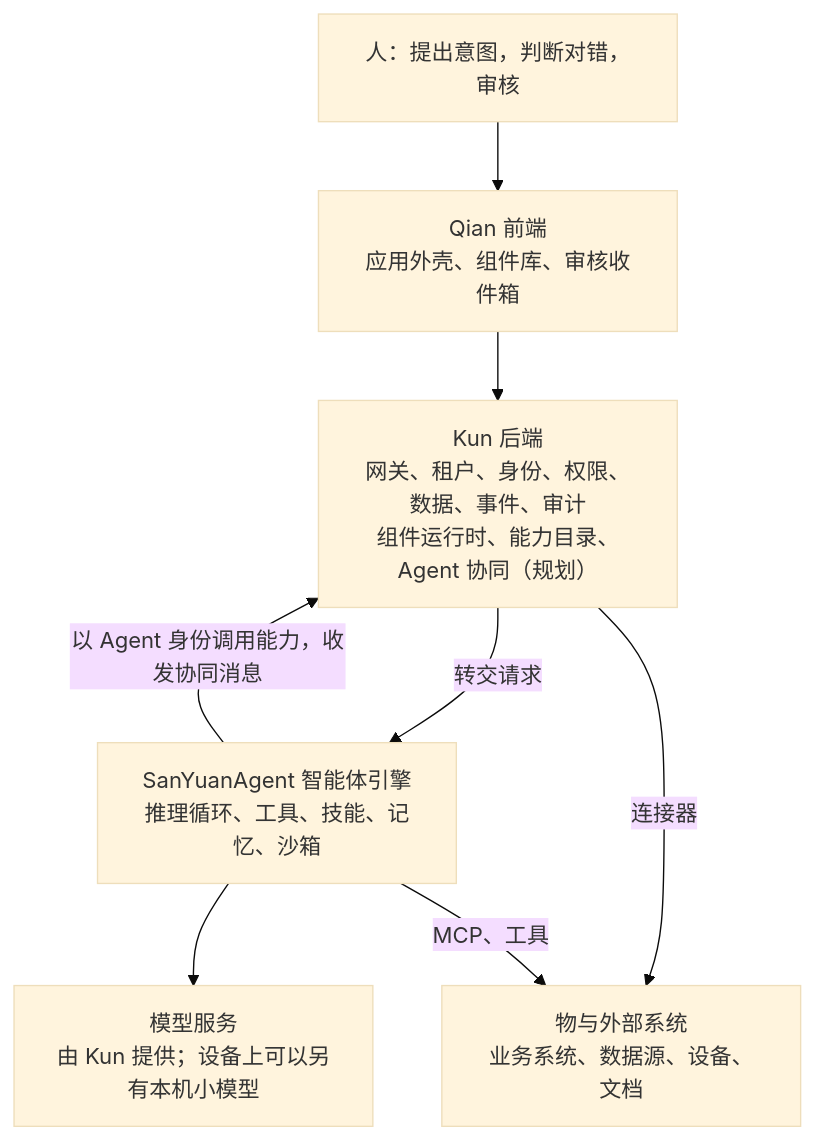
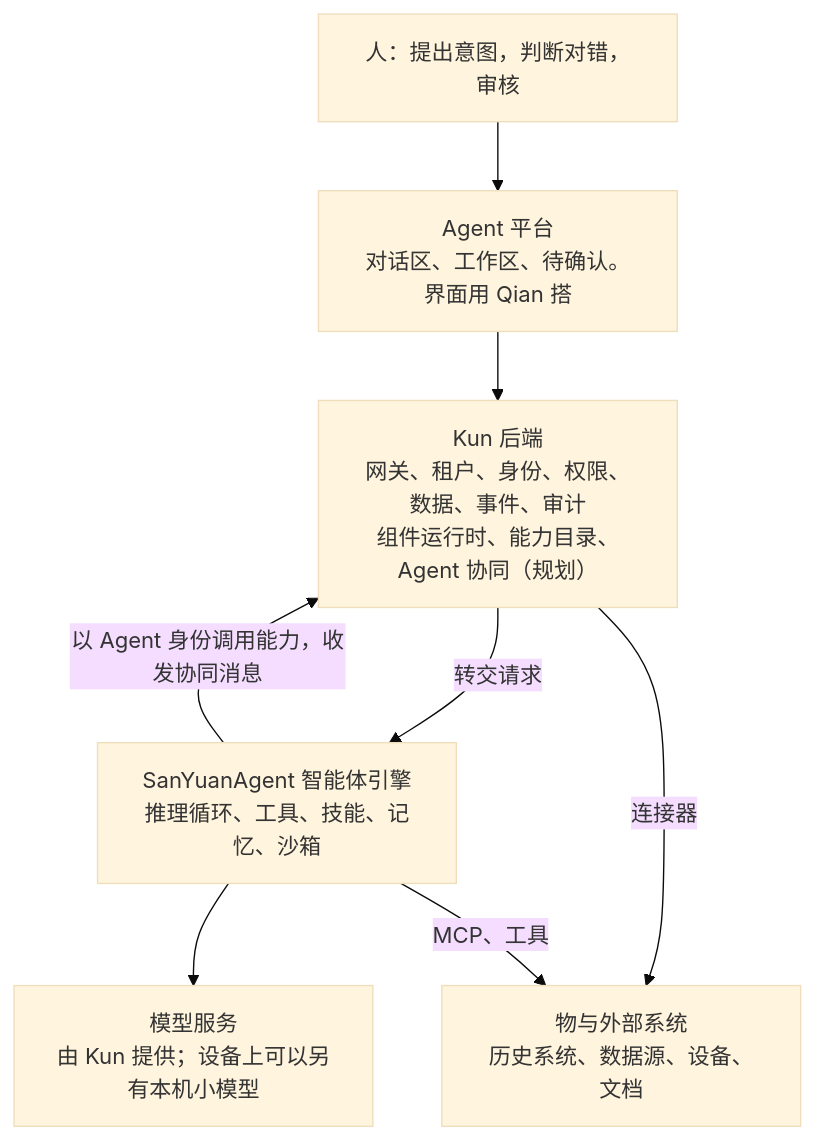
Before and after one commit to CavaiLAB/jiangxin: the diagram in README.md, drawn with Mermaid (base theme). The commit also changed other lines of this file and 21 other files, not shown here.

````diff
--- a/README.md
+++ b/README.md
@@ -49,17 +64,17 @@
 ```mermaid
 flowchart TB
   P["人：提出意图，判断对错，审核"]
-  Q["Qian 前端<br/>应用外壳、组件库、审核收件箱"]
+  Q["Agent 平台<br/>对话区、工作区、待确认。界面用 Qian 搭"]
   K["Kun 后端<br/>网关、租户、身份、权限、数据、事件、审计<br/>组件运行时、能力目录、Agent 协同（规划）"]
   S["SanYuanAgent 智能体引擎<br/>推理循环、工具、技能、记忆、沙箱"]
   M["模型服务<br/>由 Kun 提供；设备上可以另有本机小模型"]
-  E["物与外部系统<br/>业务系统、数据源、设备、文档"]
+  E["物与外部系统<br/>历史系统、数据源、设备、文档"]
 
   P --> Q
   Q --> K
   K -->|"转交请求"| S
   S -->|"以 Agent 身份调用能力，收发协同消息"| K
   S --> M
   K -->|"连接器"| E
   S -->|"MCP、工具"| E
 ```
````
